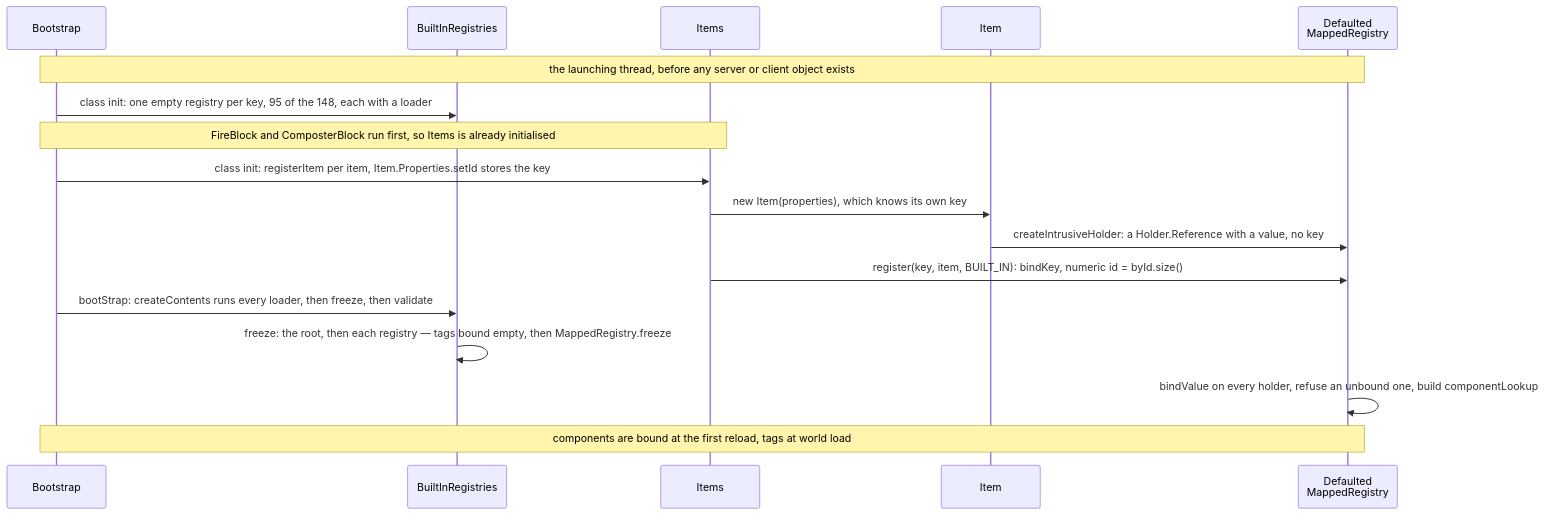
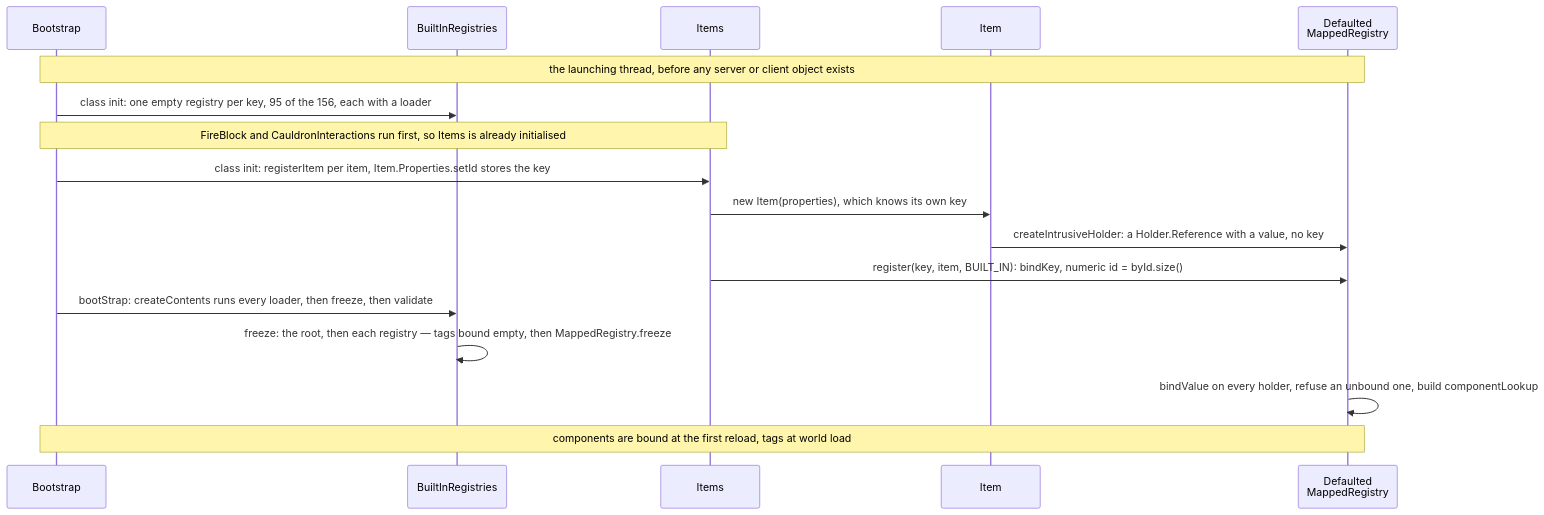
Before and after one commit to AlexanderjFraser/MinecraftDocs: the first of 3 diagrams in src/systems/foundations/identifiers-and-registries.md, drawn with Mermaid. The commit also changed other lines of this file and 68 other files, not shown here.

````diff
--- a/src/systems/foundations/identifiers-and-registries.md
+++ b/src/systems/foundations/identifiers-and-registries.md
@@ -136,20 +137,20 @@
 ```mermaid
 sequenceDiagram
     participant Boot as Bootstrap
     participant BIR as BuiltInRegistries
     participant Items as Items
     participant Item as Item
     participant DMR as Defaulted<br/>MappedRegistry
 
     Note over Boot,DMR: the launching thread, before any server or client object exists
-    Boot->>BIR: class init: one empty registry per key, 95 of the 148, each with a loader
-    Note over Boot,Items: FireBlock and ComposterBlock run first, so Items is already initialised
+    Boot->>BIR: class init: one empty registry per key, 95 of the 156, each with a loader
+    Note over Boot,Items: FireBlock and CauldronInteractions run first, so Items is already initialised
     Boot->>Items: class init: registerItem per item, Item.Properties.setId stores the key
     Items->>Item: new Item(properties), which knows its own key
     Item->>DMR: createIntrusiveHolder: a Holder.Reference with a value, no key
     Items->>DMR: register(key, item, BUILT_IN): bindKey, numeric id = byId.size()
     Boot->>BIR: bootStrap: createContents runs every loader, then freeze, then validate
     BIR->>BIR: freeze: the root, then each registry — tags bound empty, then MappedRegistry.freeze
     DMR->>DMR: bindValue on every holder, refuse an unbound one, build componentLookup
     Note over Boot,DMR: components are bound at the first reload, tags at world load
 ```
````
